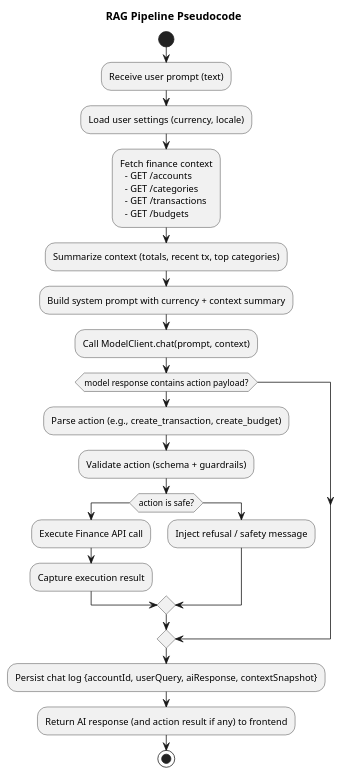
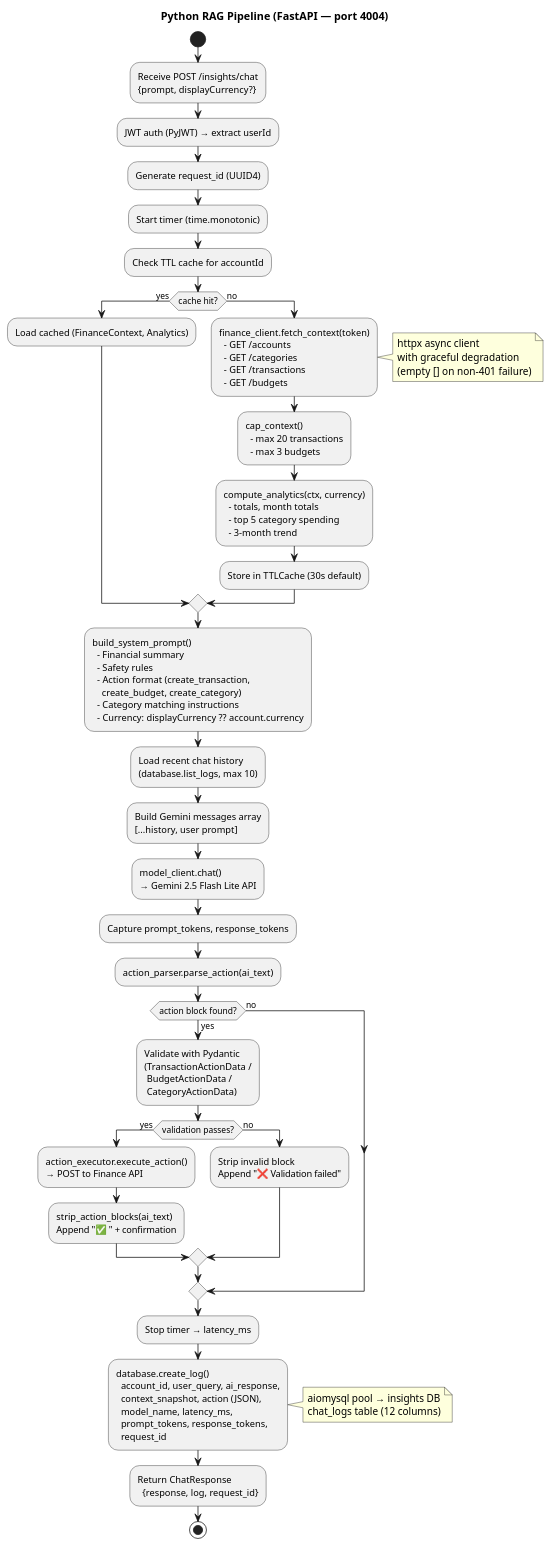
Before and after one commit to phucnguyenAtWork/AWAD2: the diagram in .diagrams/rag_pipeline.puml, drawn with PlantUML. The commit also changed 43 other files, not shown here.

Commit message:
Implement RAG pipeline

```diff
--- a/.diagrams/rag_pipeline.puml
+++ b/.diagrams/rag_pipeline.puml
@@ -1,29 +1,77 @@
 @startuml RAG_Pipeline
-title RAG Pipeline Pseudocode
+title Python RAG Pipeline (FastAPI — port 4004)
 
 start
-:Receive user prompt (text);
-:Load user settings (currency, locale);
-:Fetch finance context
-  - GET /accounts
-  - GET /categories
-  - GET /transactions
-  - GET /budgets;
-:Summarize context (totals, recent tx, top categories);
-:Build system prompt with currency + context summary;
-:Call ModelClient.chat(prompt, context);
-if (model response contains action payload?) then
-  :Parse action (e.g., create_transaction, create_budget);
-  :Validate action (schema + guardrails);
-  if (action is safe?) then
-    :Execute Finance API call;
-    :Capture execution result;
-  else
-    :Inject refusal / safety message;
+:Receive POST /insights/chat\n{prompt, displayCurrency?};
+:JWT auth (PyJWT) → extract userId;
+:Generate request_id (UUID4);
+:Start timer (time.monotonic);
+
+:Check TTL cache for accountId;
+if (cache hit?) then (yes)
+  :Load cached (FinanceContext, Analytics);
+else (no)
+  :finance_client.fetch_context(token)
+    - GET /accounts
+    - GET /categories
+    - GET /transactions
+    - GET /budgets;
+  note right
+    httpx async client
+    with graceful degradation
+    (empty [] on non-401 failure)
+  end note
+  :cap_context()
+    - max 20 transactions
+    - max 3 budgets;
+  :compute_analytics(ctx, currency)
+    - totals, month totals
+    - top 5 category spending
+    - 3-month trend;
+  :Store in TTLCache (30s default);
+endif
+
+:build_system_prompt()
+  - Financial summary
+  - Safety rules
+  - Action format (create_transaction,
+    create_budget, create_category)
+  - Category matching instructions
+  - Currency: displayCurrency ?? account.currency;
+
+:Load recent chat history\n(database.list_logs, max 10);
+:Build Gemini messages array\n[...history, user prompt];
+
+:model_client.chat()\n→ Gemini 2.5 Flash Lite API;
+:Capture prompt_tokens, response_tokens;
+
+:action_parser.parse_action(ai_text);
+if (action block found?) then (yes)
+  :Validate with Pydantic\n(TransactionActionData /\n BudgetActionData /\n CategoryActionData);
+  if (validation passes?) then (yes)
+    :action_executor.execute_action()\n→ POST to Finance API;
+    :strip_action_blocks(ai_text)\nAppend "✅ " + confirmation;
+  else (no)
+    :Strip invalid block\nAppend "❌ Validation failed";
   endif
+else (no)
 endif
-:Persist chat log {accountId, userQuery, aiResponse, contextSnapshot};
-:Return AI response (and action result if any) to frontend;
+
+:Stop timer → latency_ms;
+
+:database.create_log()
+  account_id, user_query, ai_response,
+  context_snapshot, action (JSON),
+  model_name, latency_ms,
+  prompt_tokens, response_tokens,
+  request_id;
+note right
+  aiomysql pool → insights DB
+  chat_logs table (12 columns)
+end note
+
+:Return ChatResponse
+  {response, log, request_id};
 stop
 
 @enduml
```
